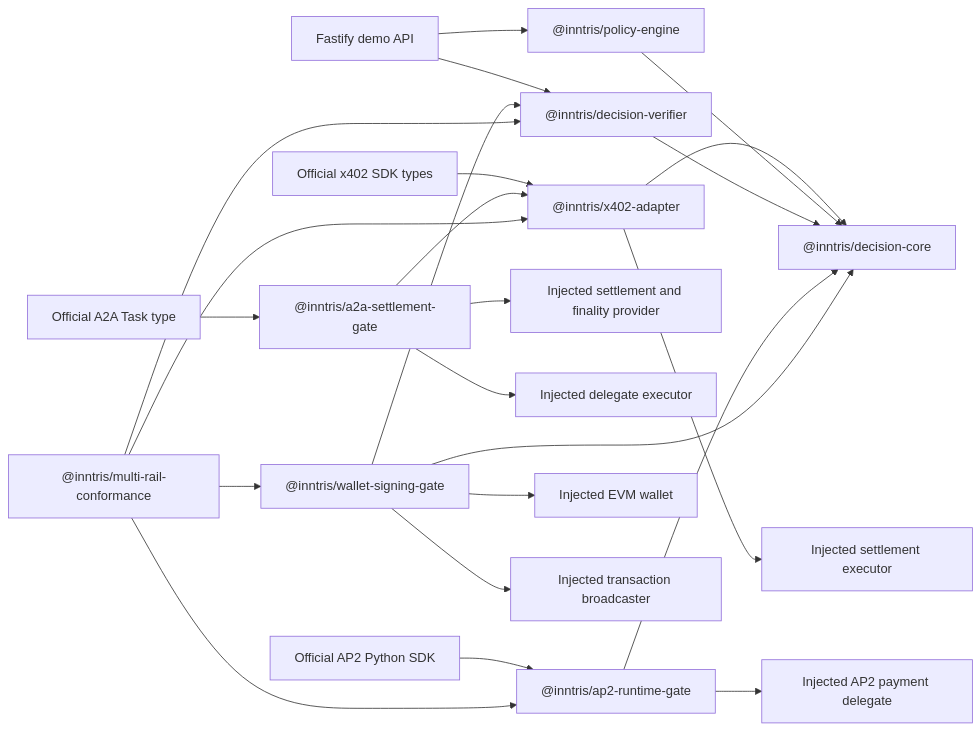
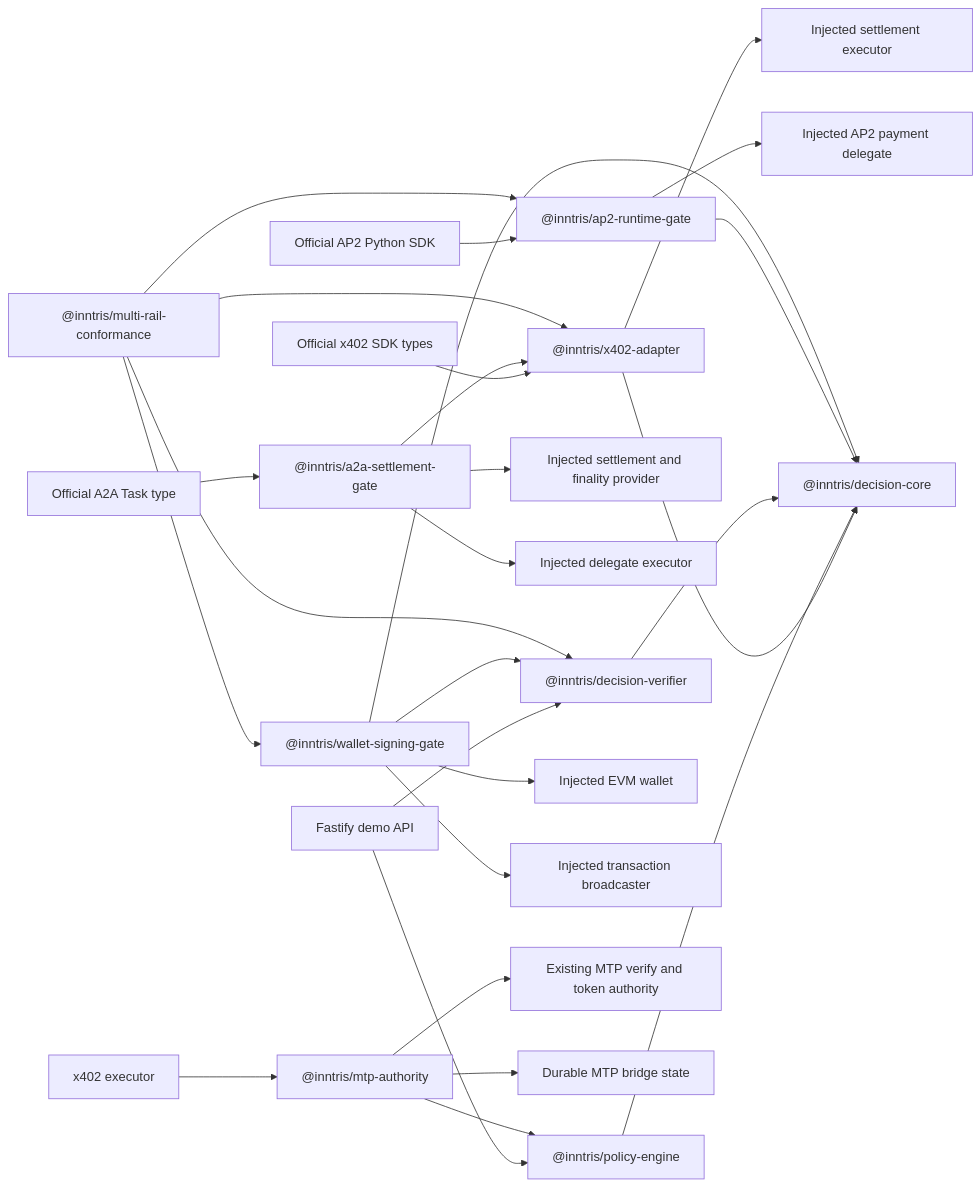
Before and after one commit to Inntris/inntris-x402-policy-adapter: the diagram in ARCHITECTURE.md, drawn with Mermaid. The commit also changed other lines of this file and 29 other files, not shown here.

Commit message:
feat: compose x402 decisions with MTP authority (#26)

````diff
--- a/ARCHITECTURE.md
+++ b/ARCHITECTURE.md
@@ -20,25 +20,29 @@
 ```mermaid
 flowchart LR
     X["Official x402 SDK types"] --> A["@inntris/x402-adapter"]
     A --> C["@inntris/decision-core"]
     P["@inntris/policy-engine"] --> C
     V["@inntris/decision-verifier"] --> C
     API["Fastify demo API"] --> P
     API --> V
     A --> E["Injected settlement executor"]
     T["Official A2A Task type"] --> G["@inntris/a2a-settlement-gate"]
     G --> A
     G --> S["Injected settlement and finality provider"]
     G --> D["Injected delegate executor"]
     M["Official AP2 Python SDK"] --> R["@inntris/ap2-runtime-gate"]
     R --> C
     R --> Q["Injected AP2 payment delegate"]
     W["@inntris/wallet-signing-gate"] --> C
     W --> V
     W --> K["Injected EVM wallet"]
     W --> B["Injected transaction broadcaster"]
     N["@inntris/multi-rail-conformance"] --> A
     N --> R
     N --> W
     N --> V
+    X402["x402 executor"] --> H["@inntris/mtp-authority"]
+    H --> P
+    H --> MTP["Existing MTP verify and token authority"]
+    H --> PG["Durable MTP bridge state"]
 ```
````
